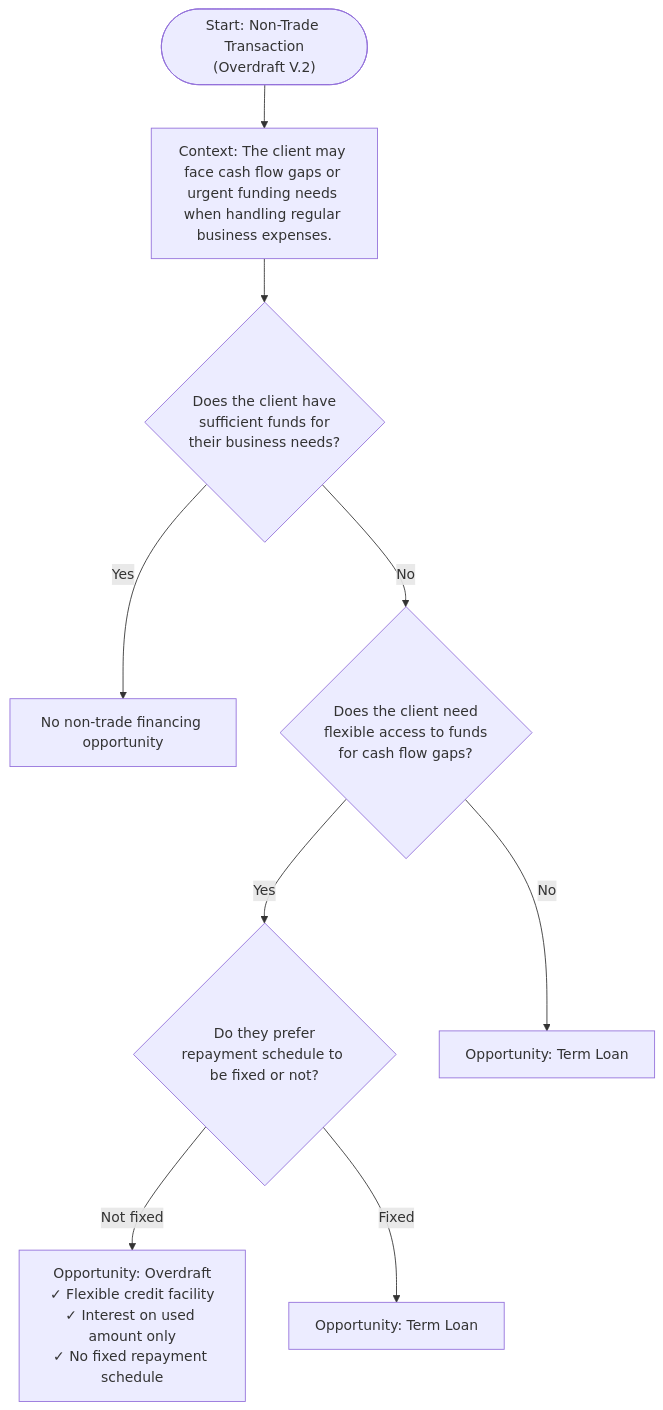
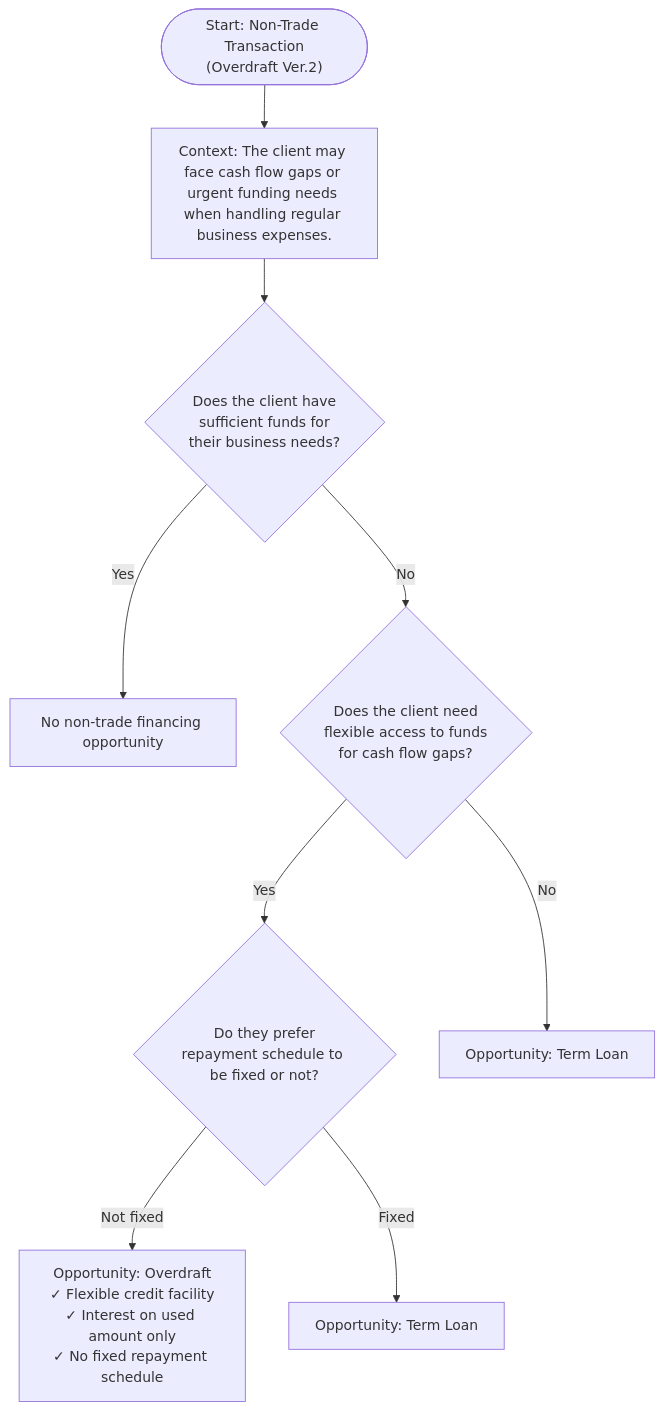
One commit to sage-develop/why changed the diagram in tvc_decision_trees/loans_non_trade_trees/loans_non_trade_tree.md. Above: the diagram before and after it, drawn with Mermaid. The commit also changed 1 other file, not shown here.

Commit message:
add version of overdraft

````diff
--- a/tvc_decision_trees/loans_non_trade_trees/loans_non_trade_tree.md
+++ b/tvc_decision_trees/loans_non_trade_trees/loans_non_trade_tree.md
@@ -29,11 +29,11 @@
 ```mermaid
 flowchart TD
-    Start(["Start: Non-Trade Transaction<br>(Overdraft V.2)"]) --> Context["Context: The client may face cash flow gaps or urgent funding needs when handling regular business expenses."]
+    Start(["Start: Non-Trade Transaction<br>(Overdraft Ver.2)"]) --> Context["Context: The client may face cash flow gaps or urgent funding needs when handling regular business expenses."]
     Context --> Q0{"Does the client have<br>sufficient funds for<br>their business needs?"}
     Q0 -- Yes --> NoLoan["No non-trade financing opportunity"]
     Q0 -- No --> Q1{"Does the client need<br>flexible access to funds<br>for cash flow gaps?"}
     Q1 -- Yes --> Q2{"Do they prefer<br>repayment schedule to be fixed or not?"}
     Q1 -- No --> NotSuitable1["Opportunity: Term Loan<br>"]
     Q2 -- Not fixed --> Warning@{ label: "Opportunity: Overdraft<br style=\"--tw-scale-x:\">✓ Flexible credit facility<br style=\"--tw-scale-x:\">✓ Interest on used amount only<br style=\"--tw-scale-x:\">✓ No fixed repayment schedule" }
     Q2 -- Fixed --> NotSuitable2["Opportunity: Term Loan<br>"]
 ```
````
